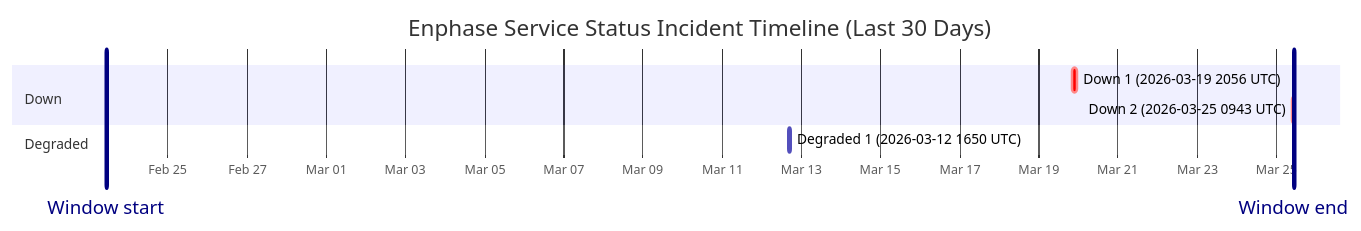
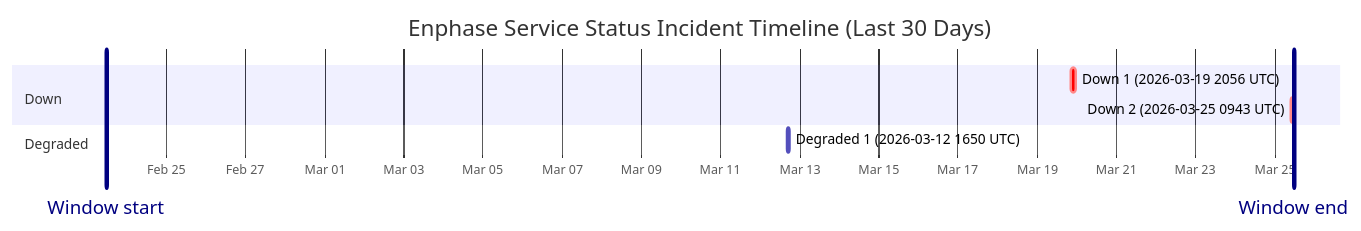
Before and after one commit to barneyonline/ha-enphase-ev-charger: the diagram in wiki/Service-Status-History.md, drawn with Mermaid. The commit also changed other lines of this file and 4 other files, not shown here.

````diff
--- a/wiki/Service-Status-History.md
+++ b/wiki/Service-Status-History.md
@@ -14,13 +14,13 @@
 ```mermaid
 gantt
     title Enphase Service Status Incident Timeline (Last 30 Days)
     dateFormat  YYYY-MM-DDTHH:mm:ss
     axisFormat  %b %d
-    Window start :vert, window-start, 2026-02-23T10:39:26, 0ms
-    Window end :vert, window-end, 2026-03-25T10:39:26, 0ms
+    Window start :vert, window-start, 2026-02-23T11:34:56, 0ms
+    Window end :vert, window-end, 2026-03-25T11:34:56, 0ms
     section Down
     Down 1 (2026-03-19 2056 UTC) :crit, down-1, 2026-03-19T20:56:20, 145m
-    Down 2 (2026-03-25 0943 UTC) :crit, down-2, 2026-03-25T09:43:28, 60m
+    Down 2 (2026-03-25 0943 UTC) :crit, down-2, 2026-03-25T09:43:28, 111m
     section Degraded
     Degraded 1 (2026-03-12 1650 UTC) :active, degraded-1, 2026-03-12T16:50:43, 60m
 ```
````
